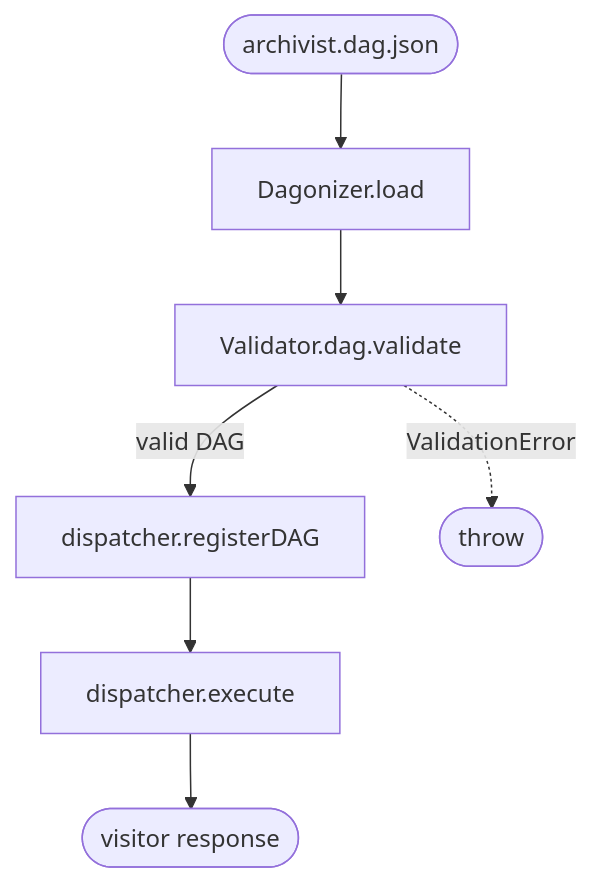
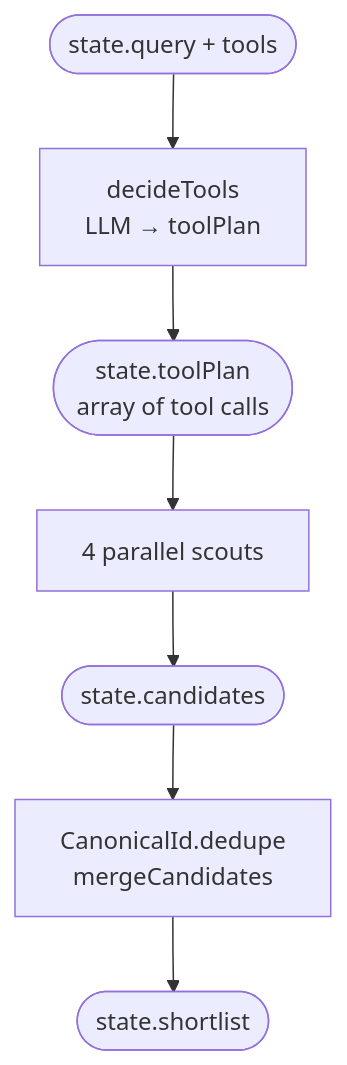
One commit to Studnicky/Dagonizer changed the diagram in docs/examples/07-schema.md. Above: the diagram before and after it, drawn with Mermaid. The commit also changed other lines of this file and 26 other files, not shown here.

First line of the commit message:
feat(archivist): always respond, full-catalog tool plan, zoom clamp, real-code docs

````diff
--- a/docs/examples/07-schema.md
+++ b/docs/examples/07-schema.md
@@ -12,15 +12,16 @@
 ```mermaid
 flowchart TB
-  json([archivist.dag.json])
-  load[Dagonizer.load]
-  validate[Validator.dag.validate]
-  register[dispatcher.registerDAG]
-  execute[dispatcher.execute]
-  END([visitor response])
-  json --> load
-  load --> validate
-  validate -->|valid DAG| register
-  register --> execute
-  execute --> END
-  validate -.->|ValidationError| failure([throw])
+  query([state.query + tools])
+  decide[decideTools\nLLM → toolPlan]
+  plan([state.toolPlan\narray of tool calls])
+  scouts[4 parallel scouts]
+  candidates([state.candidates])
+  merge[CanonicalId.dedupe\nmergeCandidates]
+  shortlist([state.shortlist])
+  query --> decide
+  decide --> plan
+  plan --> scouts
+  scouts --> candidates
+  candidates --> merge
+  merge --> shortlist
 ```
````
